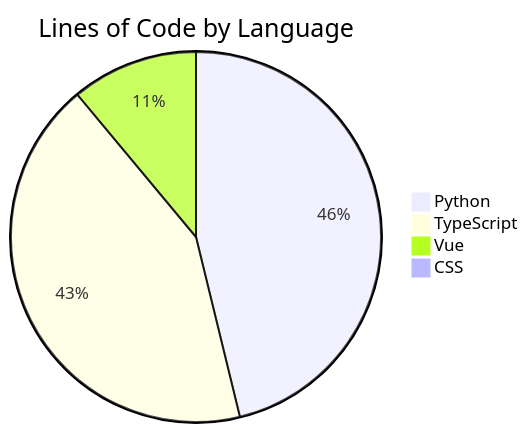
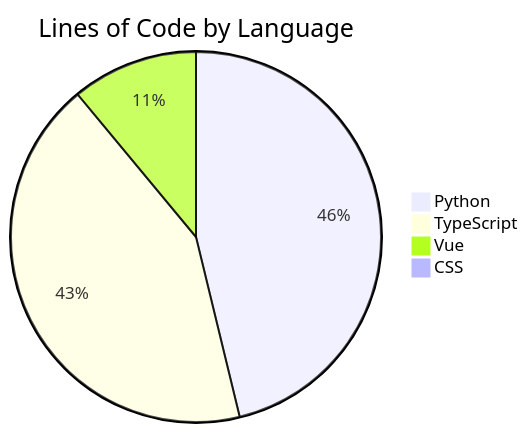
One commit to ISW-stack/AI3L-Community changed the diagram in README.md. Above: the diagram before and after it, drawn with Mermaid. The commit also changed other lines of this file and 1 other file, not shown here.

````diff
--- a/README.md
+++ b/README.md
@@ -247,7 +247,7 @@
 ```mermaid
 pie title Lines of Code by Language
-    "Python" : 82190
-    "TypeScript" : 76088
-    "Vue" : 19669
+    "Python" : 82407
+    "TypeScript" : 76279
+    "Vue" : 19659
     "CSS" : 109
 ```
````
